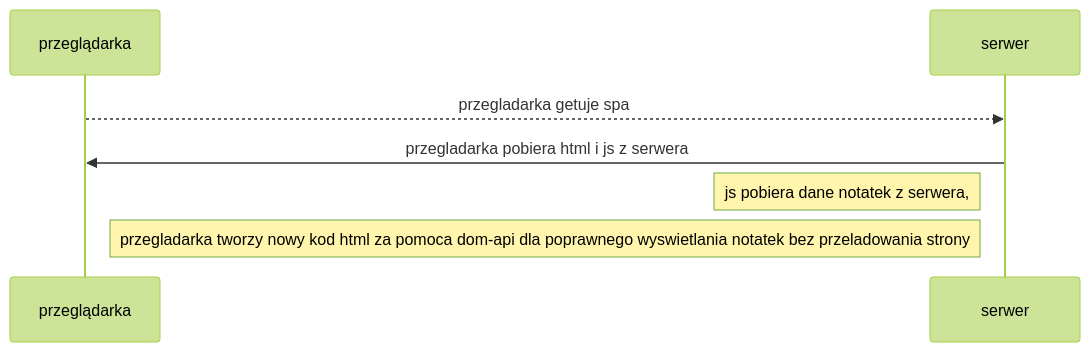
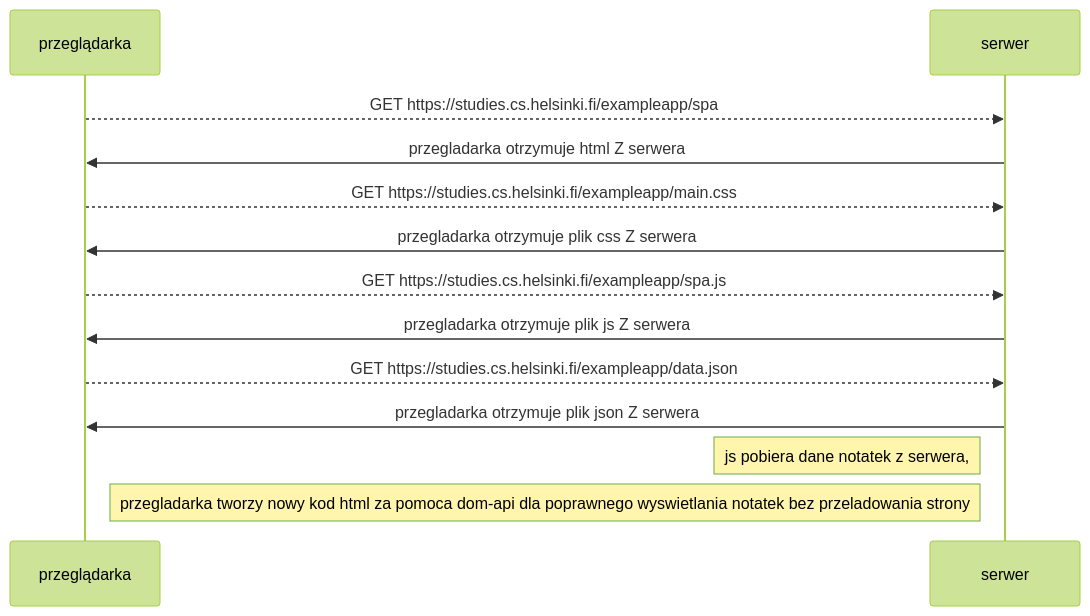
Before and after one commit to hfbcgg/fullstackzadania: the diagram in zadanie 0.5/zadanie05moczek.mmd, drawn with Mermaid (forest theme).

Commit message:
Update zadanie

```diff
--- a/zadanie 0.5/zadanie05moczek.mmd
+++ b/zadanie 0.5/zadanie05moczek.mmd
@@ -1,7 +1,13 @@
 sequenceDiagram
 participant przeglądarka
 participant serwer
-    przeglądarka-->>serwer:przegladarka getuje spa
-    serwer->>przeglądarka:przegladarka pobiera html i js z serwera
+    przeglądarka-->>serwer:GET https://studies.cs.helsinki.fi/exampleapp/spa
+    serwer->>przeglądarka:przegladarka otrzymuje html Z serwera
+    przeglądarka-->>serwer:GET https://studies.cs.helsinki.fi/exampleapp/main.css
+    serwer->>przeglądarka:przegladarka otrzymuje plik css Z serwera
+    przeglądarka-->>serwer:GET https://studies.cs.helsinki.fi/exampleapp/spa.js
+    serwer->>przeglądarka:przegladarka otrzymuje plik js Z serwera
+    przeglądarka-->>serwer:GET https://studies.cs.helsinki.fi/exampleapp/data.json
+    serwer->>przeglądarka:przegladarka otrzymuje plik json Z serwera
     note left of serwer:js pobiera dane notatek z serwera, 
     note left of serwer:przegladarka tworzy nowy kod html za pomoca dom-api dla poprawnego wyswietlania notatek bez przeladowania strony
```
